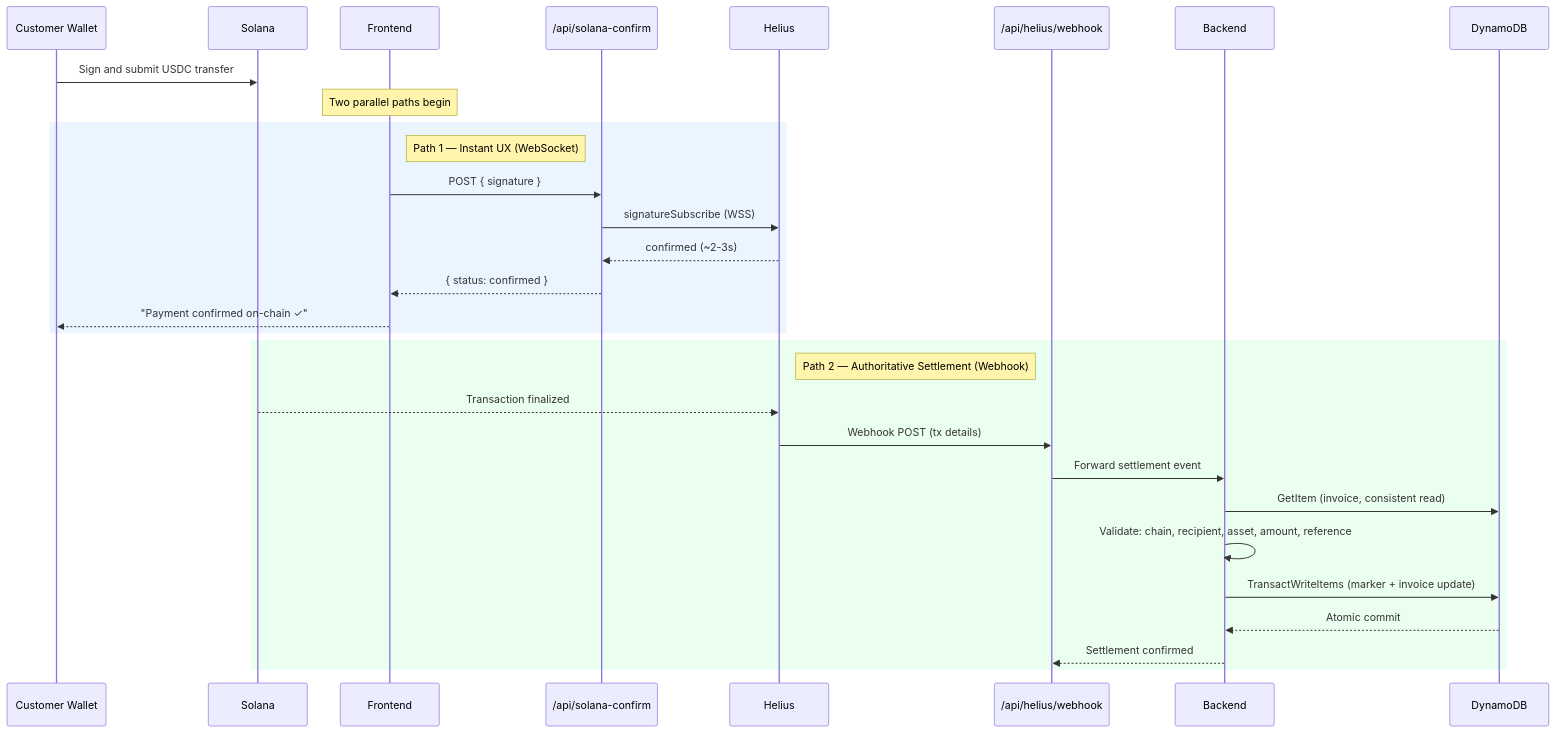
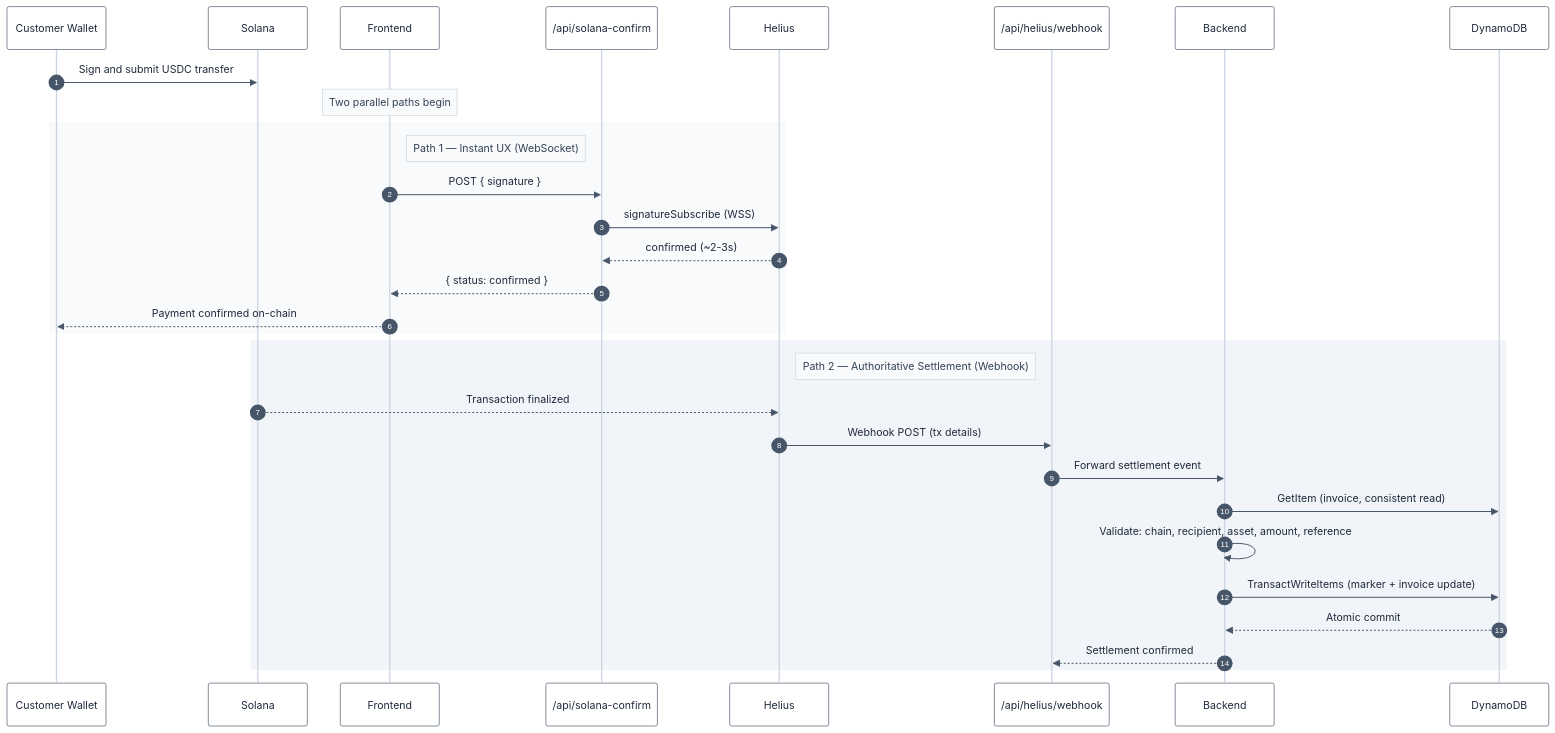
One commit to nagatejakachapuram/Secant-Pay-Docs changed the second of 3 diagrams in architecture.md. Above: the diagram before and after it, drawn with Mermaid. The commit also changed other lines of this file and 5 other files, not shown here.

Commit message:
Mermaid diagrams for docs

````diff
--- a/architecture.md
+++ b/architecture.md
@@ -141,35 +91,37 @@
 ```mermaid
+%%{init: {'theme':'base','themeVariables':{'primaryColor':'#ffffff','primaryBorderColor':'#64748b','primaryTextColor':'#1e293b','lineColor':'#64748b','actorBkg':'#ffffff','actorBorder':'#475569','actorTextColor':'#1e293b','actorLineColor':'#cbd5e1','signalColor':'#475569','signalTextColor':'#1e293b','noteBkgColor':'#f8fafc','noteBorderColor':'#cbd5e1','noteTextColor':'#334155','activationBkgColor':'#f1f5f9','activationBorderColor':'#94a3b8','sequenceNumberColor':'#ffffff'}}}%%
 sequenceDiagram
+  autonumber
   participant C as Customer Wallet
   participant Chain as Solana
   participant F as Frontend
   participant Confirm as /api/solana-confirm
   participant H as Helius
   participant Webhook as /api/helius/webhook
   participant B as Backend
   participant DB as DynamoDB
 
   C->>Chain: Sign and submit USDC transfer
   Note over F: Two parallel paths begin
 
-  rect rgb(235, 245, 255)
+  rect rgb(248, 250, 252)
   Note right of F: Path 1 — Instant UX (WebSocket)
   F->>Confirm: POST { signature }
   Confirm->>H: signatureSubscribe (WSS)
   H-->>Confirm: confirmed (~2-3s)
   Confirm-->>F: { status: confirmed }
-  F-->>C: "Payment confirmed on-chain ✓"
+  F-->>C: Payment confirmed on-chain
   end
 
-  rect rgb(235, 255, 240)
+  rect rgb(241, 245, 249)
   Note right of H: Path 2 — Authoritative Settlement (Webhook)
   Chain-->>H: Transaction finalized
   H->>Webhook: Webhook POST (tx details)
   Webhook->>B: Forward settlement event
   B->>DB: GetItem (invoice, consistent read)
   B->>B: Validate: chain, recipient, asset, amount, reference
   B->>DB: TransactWriteItems (marker + invoice update)
   DB-->>B: Atomic commit
   B-->>Webhook: Settlement confirmed
   end
 ```
````
